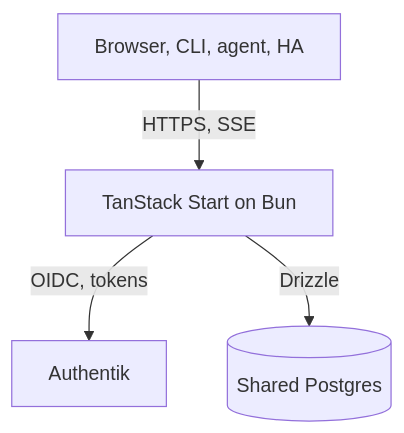
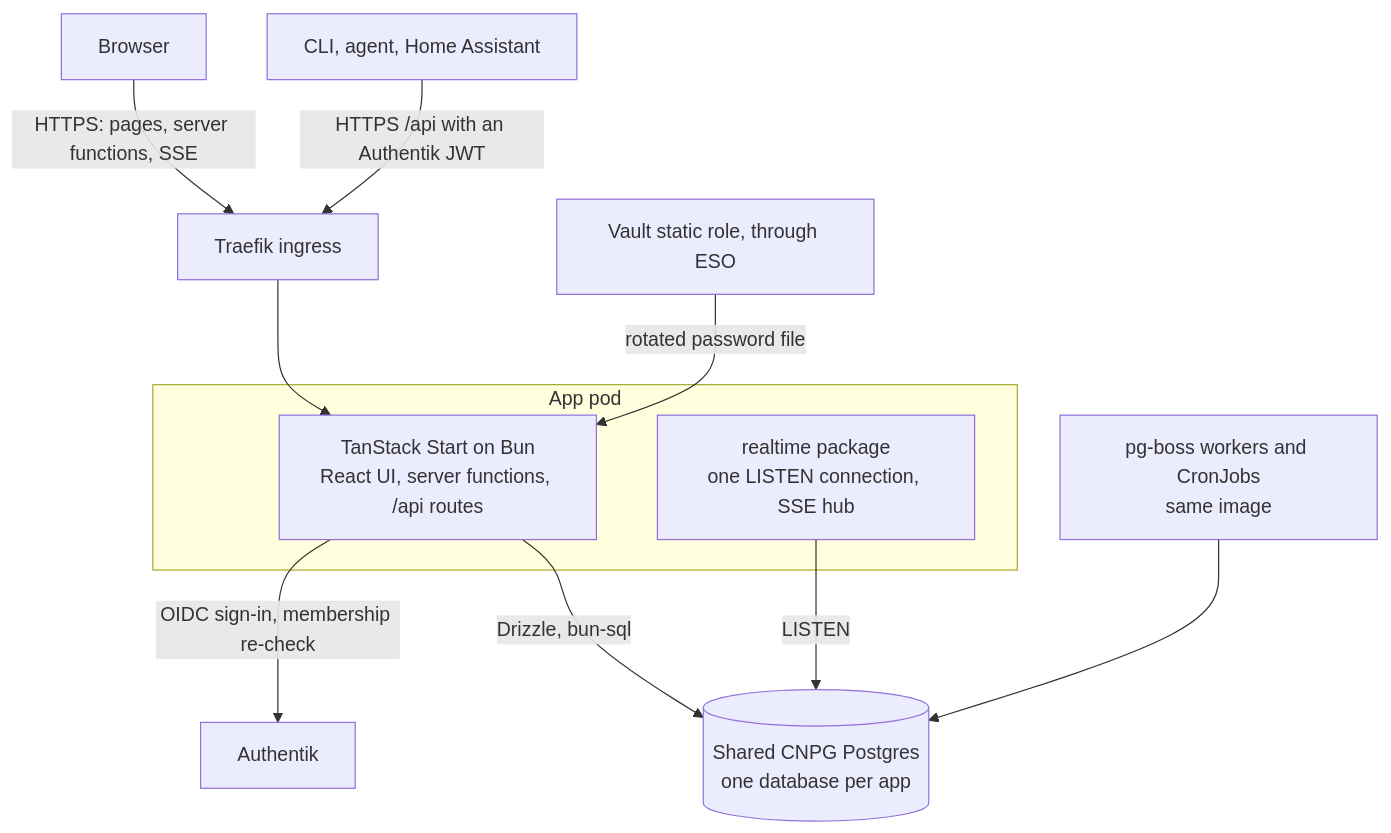
One commit to ViktorBarzin/app-kit changed the first of 6 diagrams in docs/adr/0001-default-app-stack.md. Above: the diagram before and after it, drawn with Mermaid. The commit also changed other lines of this file, not shown here.

First line of the commit message:
docs(adr-0001): diagrams for the stack, sign-in, realtime, rotation and deploy

````diff
--- a/docs/adr/0001-default-app-stack.md
+++ b/docs/adr/0001-default-app-stack.md
@@ -52,6 +52,15 @@
 ```mermaid
 flowchart TD
-  C[Browser, CLI, agent, HA] -- HTTPS, SSE --> APP[TanStack Start on Bun]
-  APP -- OIDC, tokens --> AK[Authentik]
-  APP -- Drizzle --> PG[(Shared Postgres)]
+  B[Browser] -- "HTTPS: pages, server functions, SSE" --> ING[Traefik ingress]
+  X["CLI, agent, Home Assistant"] -- "HTTPS /api with an Authentik JWT" --> ING
+  ING --> APP
+  subgraph pod["App pod"]
+    APP["TanStack Start on Bun<br/>React UI, server functions, /api routes"]
+    RT["realtime package<br/>one LISTEN connection, SSE hub"]
+  end
+  APP -- "OIDC sign-in, membership re-check" --> AK[Authentik]
+  APP -- "Drizzle, bun-sql" --> PG[("Shared CNPG Postgres<br/>one database per app")]
+  RT -- LISTEN --> PG
+  JOBS["pg-boss workers and CronJobs<br/>same image"] --> PG
+  VAULT["Vault static role, through ESO"] -- "rotated password file" --> APP
 ```
````
